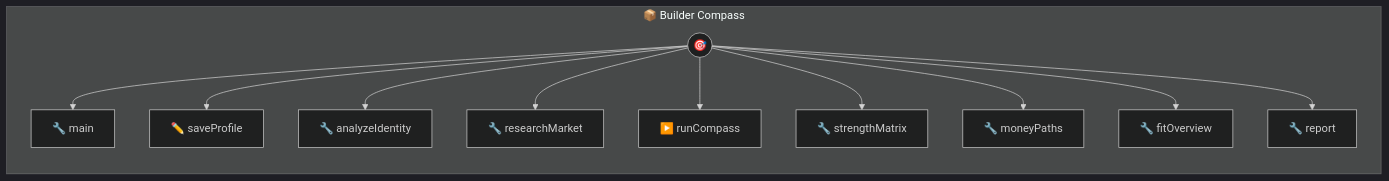
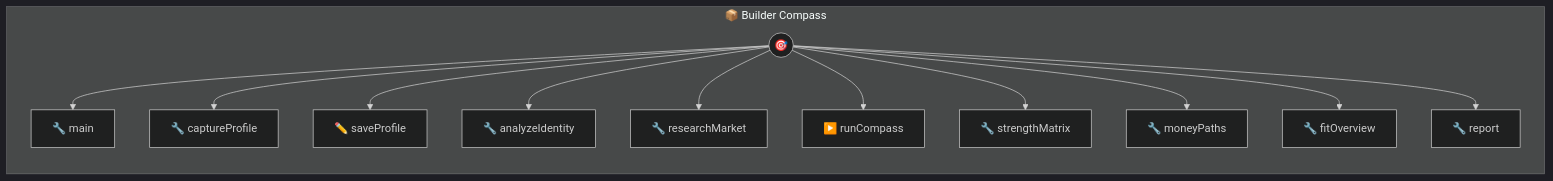
One commit to Arul-/builders-compass changed the diagram in builder-compass.md. Above: the diagram before and after it, drawn with Mermaid (dark theme). The commit also changed other lines of this file and 3 other files, not shown here.

Commit message:
Add explicit first-step profile capture tool

````diff
--- a/builder-compass.md
+++ b/builder-compass.md
@@ -141,25 +153,27 @@
 ```mermaid
 flowchart LR
     subgraph builder_compass["📦 Builder Compass"]
         direction TB
         PHOTON((🎯))
         T0[🔧 main]
         PHOTON --> T0
-        T1[✏️ saveProfile]
+        T1[🔧 captureProfile]
         PHOTON --> T1
-        T2[🔧 analyzeIdentity]
+        T2[✏️ saveProfile]
         PHOTON --> T2
-        T3[🔧 researchMarket]
+        T3[🔧 analyzeIdentity]
         PHOTON --> T3
-        T4[▶️ runCompass]
+        T4[🔧 researchMarket]
         PHOTON --> T4
-        T5[🔧 strengthMatrix]
+        T5[▶️ runCompass]
         PHOTON --> T5
-        T6[🔧 moneyPaths]
+        T6[🔧 strengthMatrix]
         PHOTON --> T6
-        T7[🔧 fitOverview]
+        T7[🔧 moneyPaths]
         PHOTON --> T7
-        T8[🔧 report]
+        T8[🔧 fitOverview]
         PHOTON --> T8
+        T9[🔧 report]
+        PHOTON --> T9
     end
 ```
````
